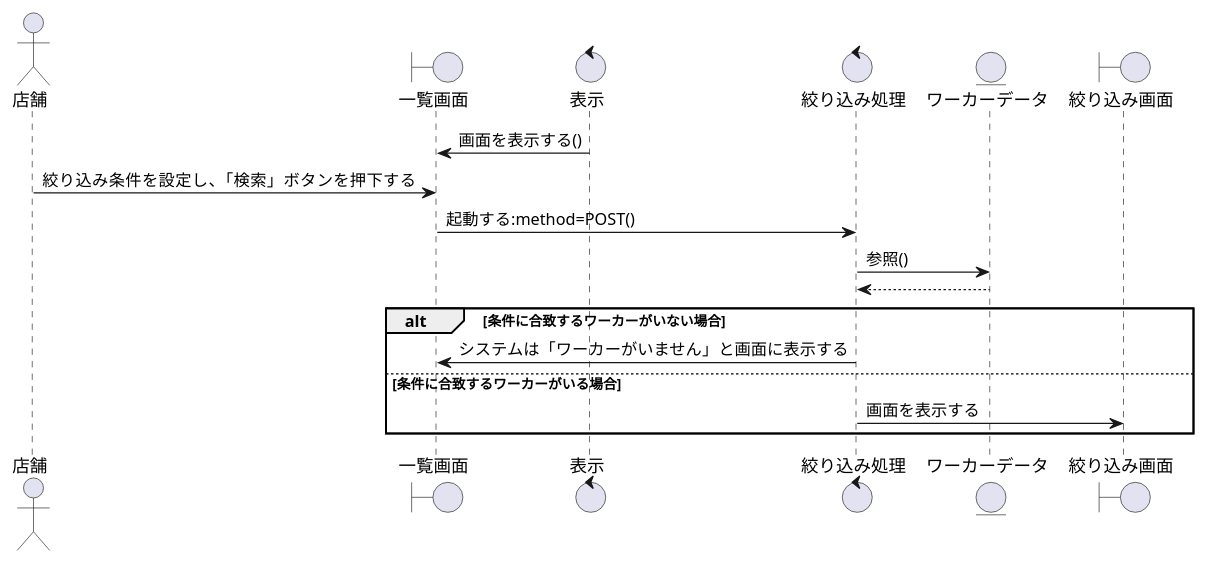
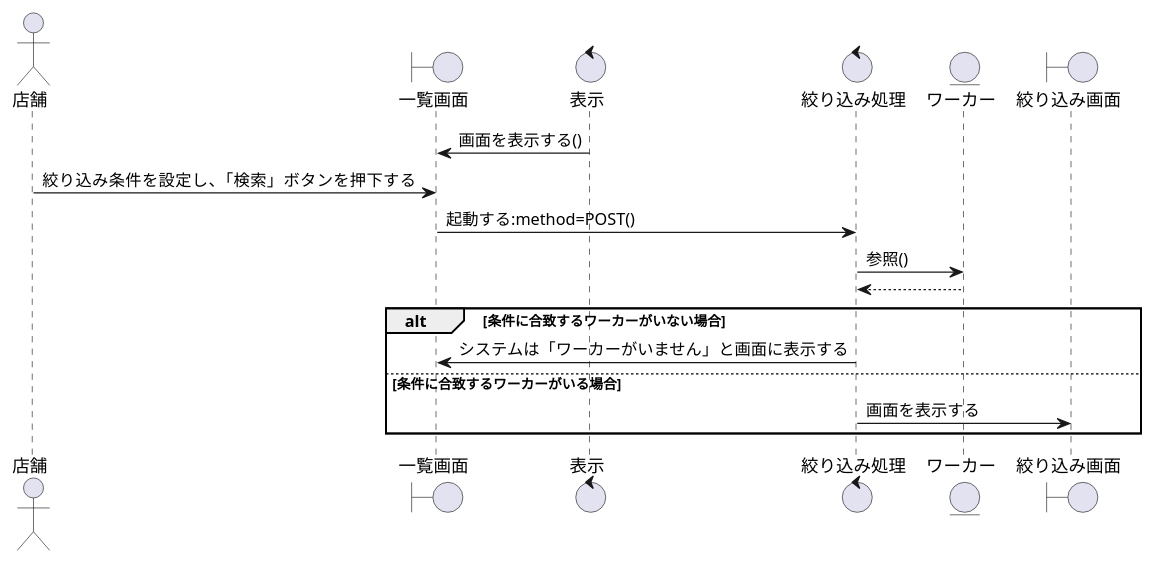
Before and after one commit to irukacb256/high_Me: the diagram in sequence_fig/8_storeside_fn/09_ワーカーの絞り込みをする.pu, drawn with PlantUML. The commit also changed 39 other files, not shown here.

```diff
--- a/sequence_fig/8_storeside_fn/09_ワーカーの絞り込みをする.pu
+++ b/sequence_fig/8_storeside_fn/09_ワーカーの絞り込みをする.pu
@@ -1,24 +1,24 @@
 @startuml ワーカーの絞り込みをする
 
 actor 店舗 as cp1
 boundary 一覧画面 as b1
 control 表示 as co1
 control 絞り込み処理 as co2
-entity ワーカーデータ as en1
+entity ワーカー as en1
 boundary 絞り込み画面 as b2
 
 b1 <- co1 :画面を表示する()
 cp1 -> b1 :絞り込み条件を設定し、「検索」ボタンを押下する
 b1 -> co2 :起動する:method=POST()
 co2 -> en1 :参照()
 co2 <-- en1 
 
 alt 条件に合致するワーカーがいない場合
 b1 <- co2 :システムは「ワーカーがいません」と画面に表示する
 
 else 条件に合致するワーカーがいる場合
 co2 -> b2 :画面を表示する
 
 end
 
 @enduml
```
